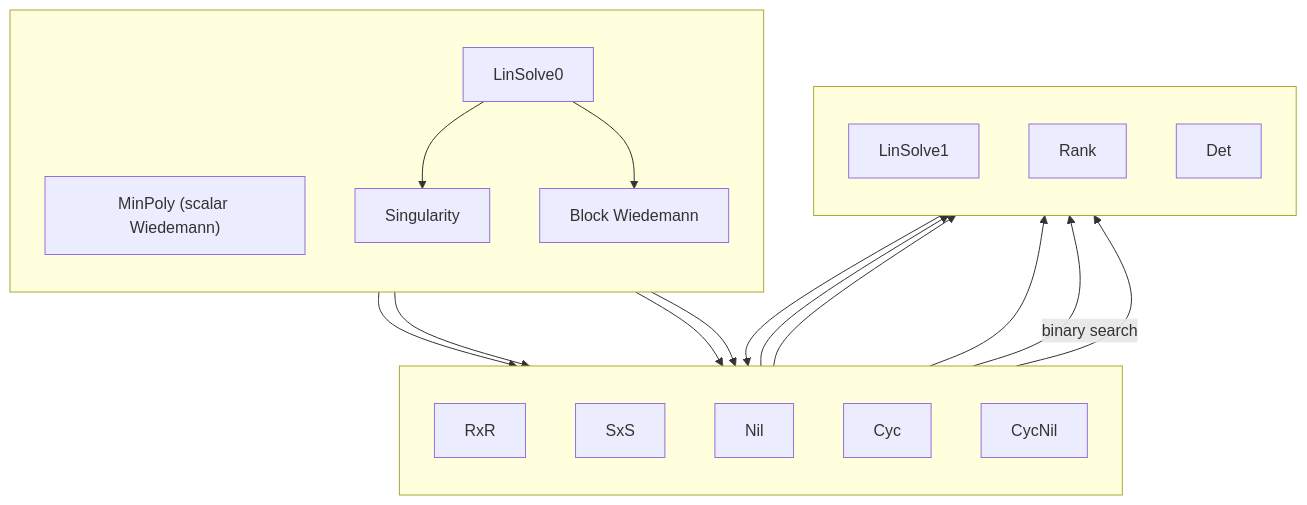
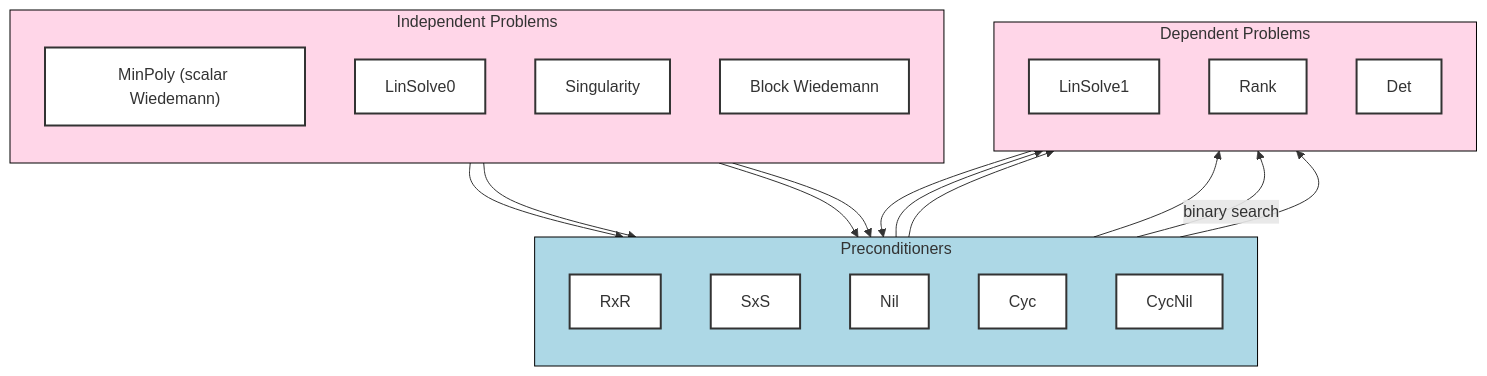
One commit to nguyen-trinhtk/blackbox-linalg changed the diagram in notebooks/relationship.md. Above: the diagram before and after it, drawn with Mermaid.

Commit message:
Update relationship diagram with new labels and styles

````diff
--- a/notebooks/relationship.md
+++ b/notebooks/relationship.md
@@ -1,48 +1,65 @@
 ```mermaid
 graph TD
+  style Column1 fill:#ffd6e8,stroke:#000,stroke-width:1px
+  style Column3 fill:#ffd6e8,stroke:#000,stroke-width:1px
+  style Column2 fill:#add8e6,stroke:#000,stroke-width:1px
+  
   %% Subgraph Column 1 (pink)
-  subgraph Column1[" "]
+  subgraph Column1["Independent Problems"]
     direction TB
     MinPoly["MinPoly (scalar Wiedemann)"]
     LinSolve0["LinSolve0"]
-    Singularity["Singularity"]
+    Singularity["Singularity<br>"]
     BlockWiedemann["Block Wiedemann"]
 
-    LinSolve0 --> Singularity
-    LinSolve0 --> BlockWiedemann
+    style MinPoly fill:#fff,stroke:#333,stroke-width:2px,padding:0px,margin:0px
+    style LinSolve0 fill:#fff,stroke:#333,stroke-width:2px,padding:0px,margin:0px
+    style Singularity fill:#fff,stroke:#333,stroke-width:2px,padding:0px,margin:0px
+    style BlockWiedemann fill:#fff,stroke:#333,stroke-width:2px,padding:0px,margin:0px
   end
 
   %% Subgraph Column 2 (blue)
-  subgraph Column2[" "]
+  subgraph Column2["Preconditioners"]
     direction TB
     RxR["RxR"]
     SxS["SxS"]
     Nil["Nil"]
     Cyc["Cyc"]
     CycNil["CycNil"]
+
+    style RxR fill:#fff,stroke:#333,stroke-width:2px,padding:0px,margin:0px
+    style SxS fill:#fff,stroke:#333,stroke-width:2px,padding:0px,margin:0px
+    style Nil fill:#fff,stroke:#333,stroke-width:2px,padding:0px,margin:0px
+    style Cyc fill:#fff,stroke:#333,stroke-width:2px,padding:0px,margin:0px
+    style CycNil fill:#fff,stroke:#333,stroke-width:2px,padding:0px,margin:0px
   end
 
   %% Subgraph Column 3 (pink)
-  subgraph Column3[" "]
+  subgraph Column3["Dependent Problems"]
     direction TB
     LinSolve1["LinSolve1"]
     Rank["Rank"]
     Det["Det"]
+
+    style LinSolve1 fill:#fff,stroke:#333,stroke-width:2px,padding:0px,margin:0px
+    style Rank fill:#fff,stroke:#333,stroke-width:2px,padding:0px,margin:0px
+    style Det fill:#fff,stroke:#333,stroke-width:2px,padding:0px,margin:0px
   end
 
   %% Connections across columns
   MinPoly --> Cyc
   Cyc --> Det
 
   BlockWiedemann --> Nil
   Nil --> LinSolve1
 
   Rank --> RxR
   RxR --> LinSolve1
 
   Singularity --> SxS
   SxS -- "binary search" --> Rank
 
   MinPoly --> CycNil
   CycNil --> Rank
+
 ```
````
